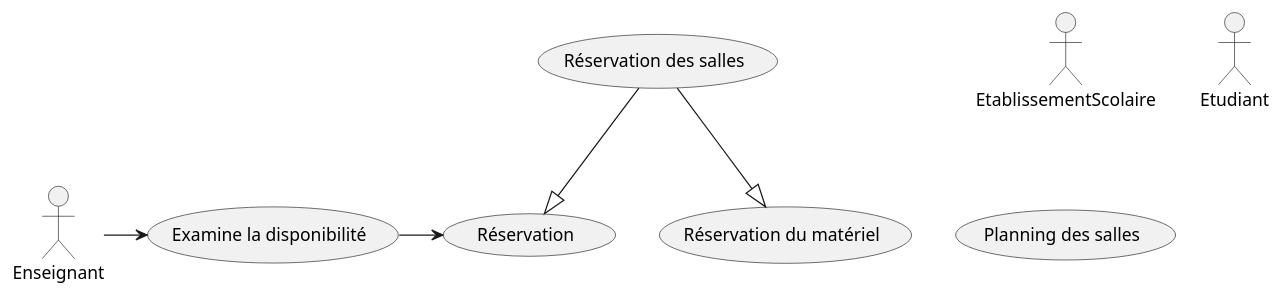
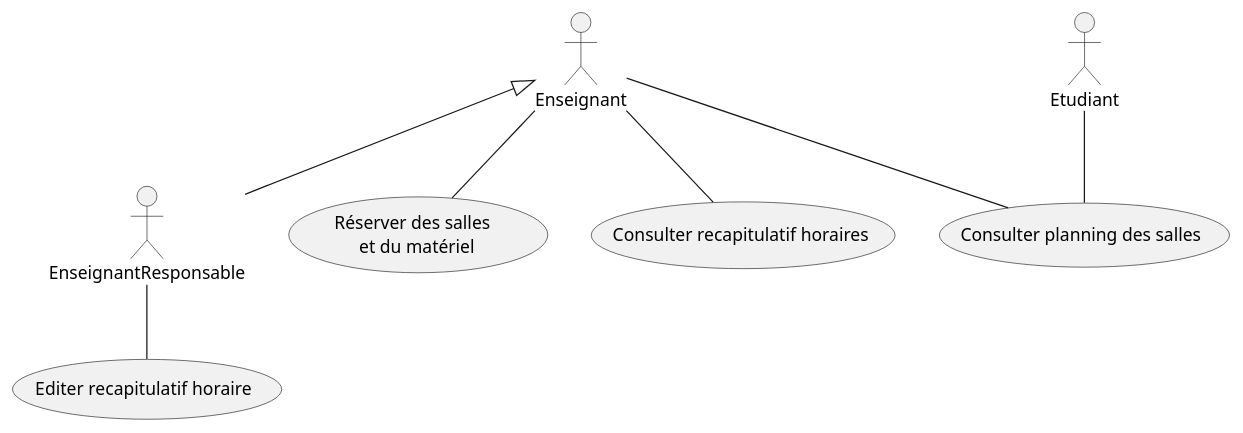
One commit to IUT-Blagnac/bcoo-NicolasIUT changed the diagram in TD04/TD4.2.1.plantuml. Above: the diagram before and after it, drawn with PlantUML.

```diff
--- a/TD04/TD4.2.1.plantuml
+++ b/TD04/TD4.2.1.plantuml
@@ -1,26 +1,18 @@
-@startuml TD3.1.1
+@startuml TD4.2.1
 
 
-actor EtablissementScolaire
 actor Enseignant
 actor Etudiant
+actor EnseignantResponsable
 
-usecase (Réservation) as reserv
-usecase (Examine la disponibilité) as examDispo
+Enseignant <|-- EnseignantResponsable
 
-usecase (Réservation des salles) as reservSalles
-usecase (Réservation du matériel) as reservMat
-
-usecase (Planning des salles) as planning
-
-Enseignant -> examDispo
-
-examDispo -> reserv
-
-reservSalles --|> reserv
-reservSalles --|> reservMat
-
+Enseignant -- (Réserver des salles \n et du matériel)
+Enseignant -- (Consulter planning des salles)
+Etudiant -- (Consulter planning des salles)
+Enseignant -- (Consulter recapitulatif horaires)
+EnseignantResponsable -- (Editer recapitulatif horaire)
 
 
 
 @enduml
```
